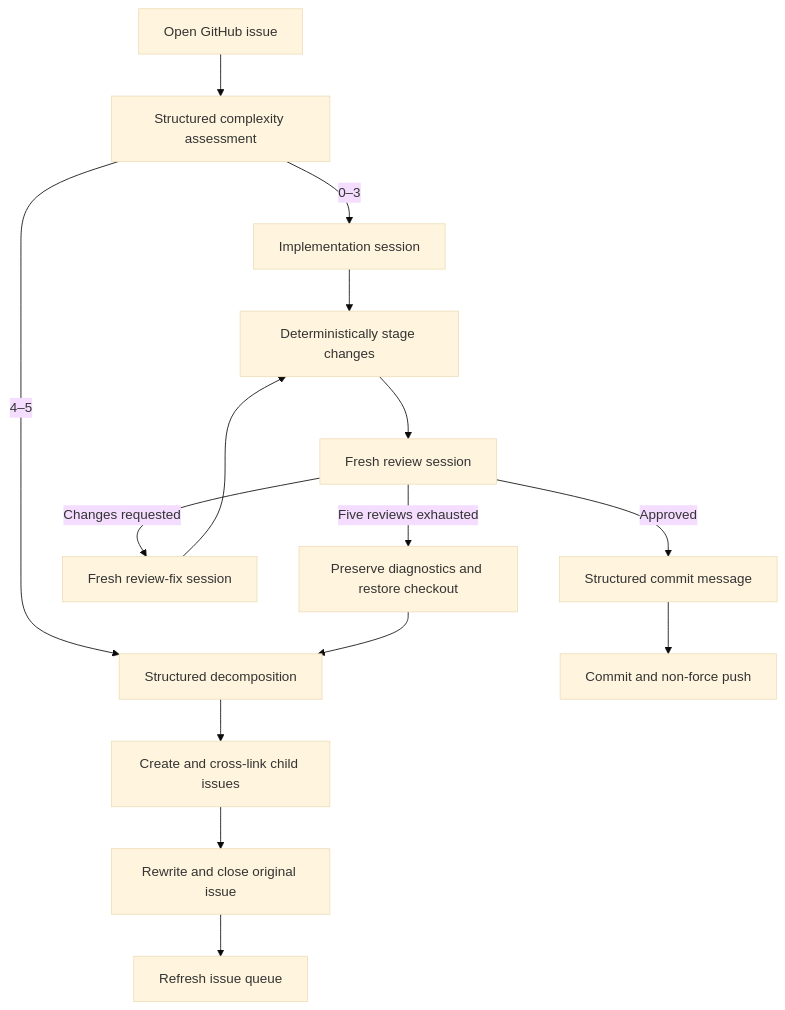
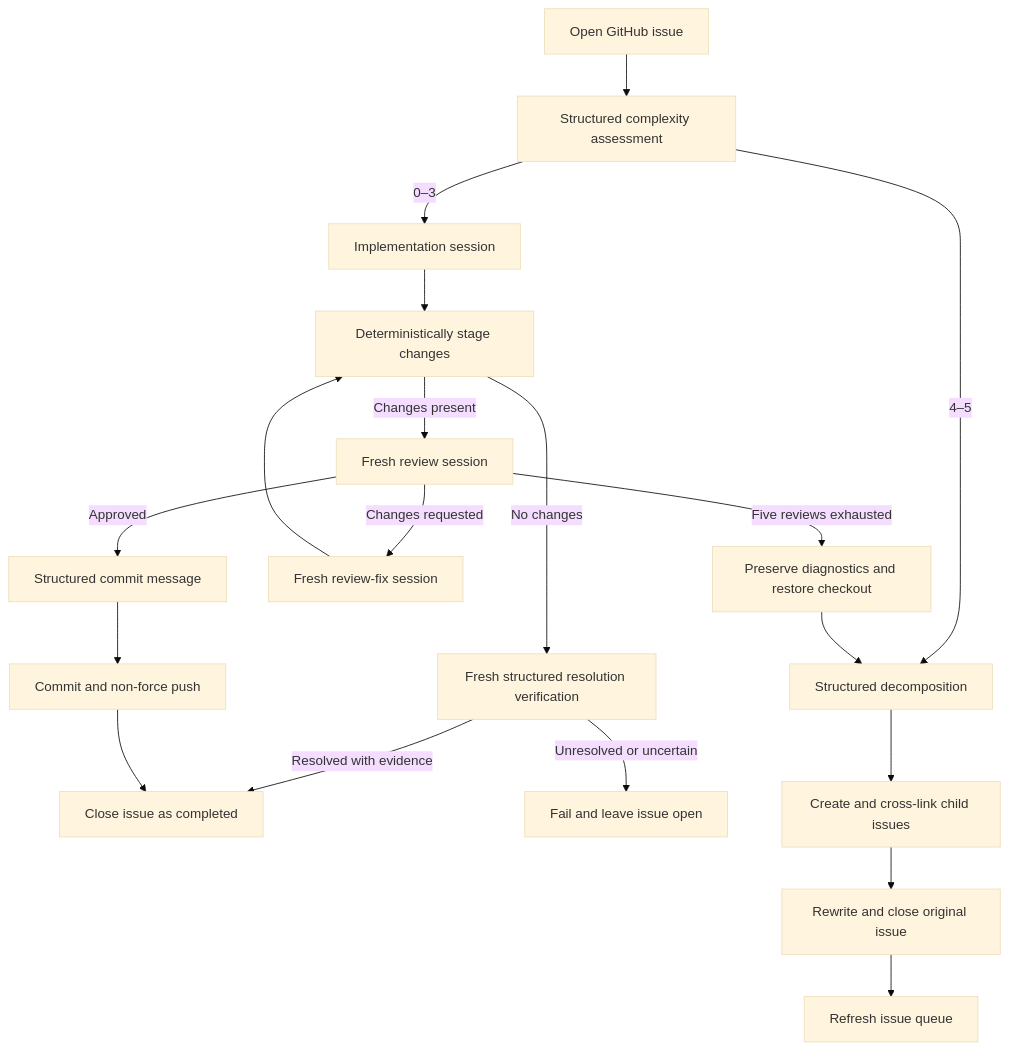
The first of 5 diagrams in README.md (beremaran/ralphie), drawn with Mermaid (base theme) before and after one commit. The commit also changed other lines of this file and 27 other files, not shown here.

Commit message:
close resolved implementation issues

````diff
--- a/README.md
+++ b/README.md
@@ -113,17 +113,21 @@
 ```mermaid
 flowchart TD
     A[Open GitHub issue] --> B[Structured complexity assessment]
     B -->|0–3| C[Implementation session]
     C --> D[Deterministically stage changes]
-    D --> E[Fresh review session]
+    D -->|Changes present| E[Fresh review session]
+    D -->|No changes| N[Fresh structured resolution verification]
+    N -->|Resolved with evidence| O[Close issue as completed]
+    N -->|Unresolved or uncertain| P[Fail and leave issue open]
     E -->|Approved| F[Structured commit message]
     E -->|Changes requested| G[Fresh review-fix session]
     G --> D
     E -->|Five reviews exhausted| H[Preserve diagnostics and restore checkout]
     B -->|4–5| I[Structured decomposition]
     H --> I
     I --> J[Create and cross-link child issues]
     J --> K[Rewrite and close original issue]
     K --> L[Refresh issue queue]
     F --> M[Commit and non-force push]
+    M --> O
 ```
````
